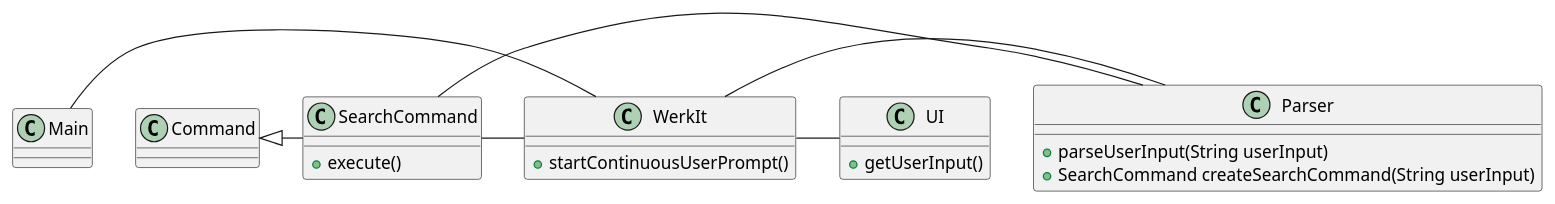
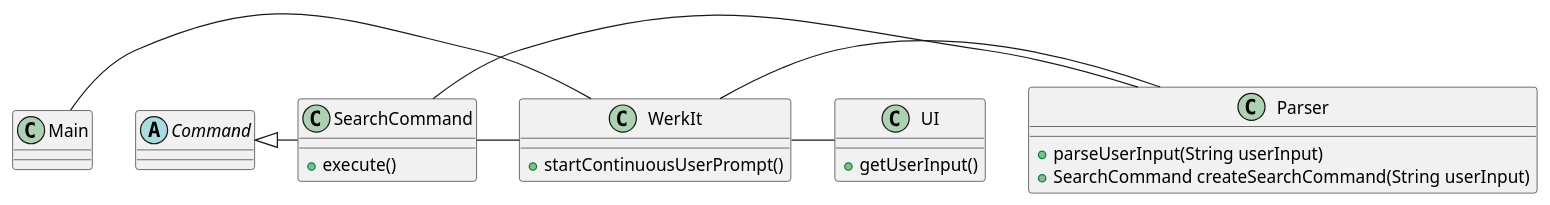
Before and after one commit to nus-cs2113-AY2122S2/tp: the diagram in docs/uml/classDiagrams/Search.puml, drawn with PlantUML. The commit also changed 4 other files, not shown here.

```diff
--- a/docs/uml/classDiagrams/Search.puml
+++ b/docs/uml/classDiagrams/Search.puml
@@ -1,36 +1,36 @@
 @startuml
 'https://plantuml.com/class-diagram
 
 Main - WerkIt
 WerkIt - Parser
 WerkIt - UI
 Command <|- SearchCommand
 SearchCommand - Parser
 SearchCommand - WerkIt
 class WerkIt {
 + startContinuousUserPrompt()
 }
 
-class Command {
+abstract Command {
 
 }
 
 class Main {
 
 }
 
 class SearchCommand {
 + execute()
 }
 
 class UI {
 + getUserInput()
 }
 
 class Parser {
 + parseUserInput(String userInput)
 + SearchCommand createSearchCommand(String userInput)
 }
 
 
 @enduml
```
